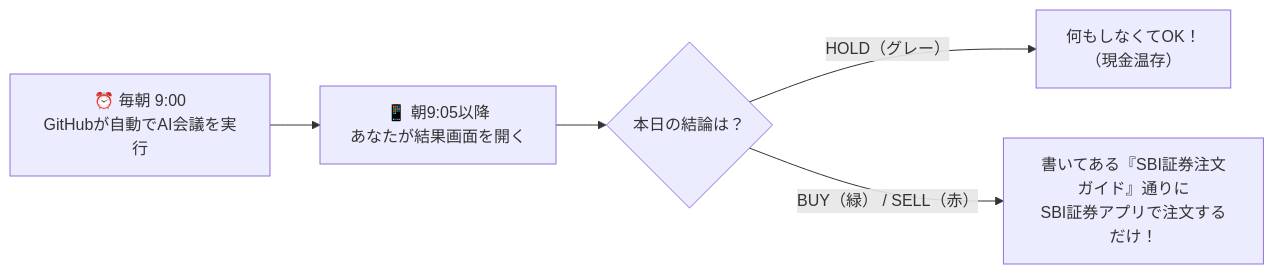
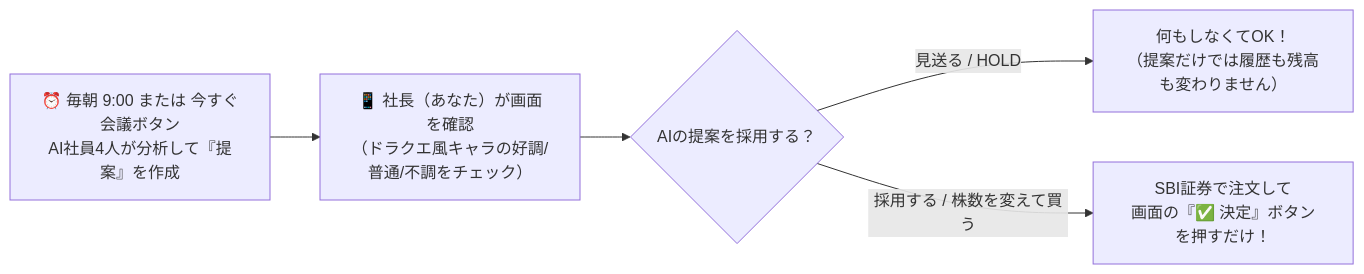
One commit to nexobam/ai-investment-firm changed the diagram in documents/07_user_manual.md. Above: the diagram before and after it, drawn with Mermaid. The commit also changed other lines of this file and 12 other files, not shown here.

````diff
--- a/documents/07_user_manual.md
+++ b/documents/07_user_manual.md
@@ -11,7 +12,7 @@
 ```mermaid
 flowchart LR
-    A["⏰ 毎朝 9:00\nGitHubが自動でAI会議を実行"] --> B["📱 朝9:05以降\nあなたが結果画面を開く"]
-    B --> C{"本日の結論は？"}
-    C -- "HOLD（グレー）" --> D["何もしなくてOK！\n（現金温存）"]
-    C -- "BUY（緑） / SELL（赤）" --> E["書いてある『SBI証券注文ガイド』通りに\nSBI証券アプリで注文するだけ！"]
+    A["⏰ 毎朝 9:00 または 今すぐ会議ボタン\nAI社員4人が分析して『提案』を作成"] --> B["📱 社長（あなた）が画面を確認\n（ドラクエ風キャラの好調/普通/不調をチェック）"]
+    B --> C{"AIの提案を採用する？"}
+    C -- "見送る / HOLD" --> D["何もしなくてOK！\n（提案だけでは履歴も残高も変わりません）"]
+    C -- "採用する / 株数を変えて買う" --> E["SBI証券で注文して\n画面の『✅ 決定』ボタンを押すだけ！"]
 ```
````
